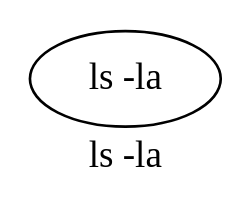
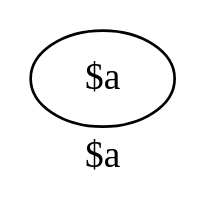
Before and after one commit to YeGoRenji/minishell-1337: the diagram in tree.dot, drawn with Graphviz. The commit also changed 6 other files, not shown here.

```diff
--- a/tree.dot
+++ b/tree.dot
@@ -1,4 +1,4 @@
 digraph yep {
-	label="ls -la"
-	n0[label="ls -la "];
+	label="$a"
+	n0[label="$a "];
 }
```
